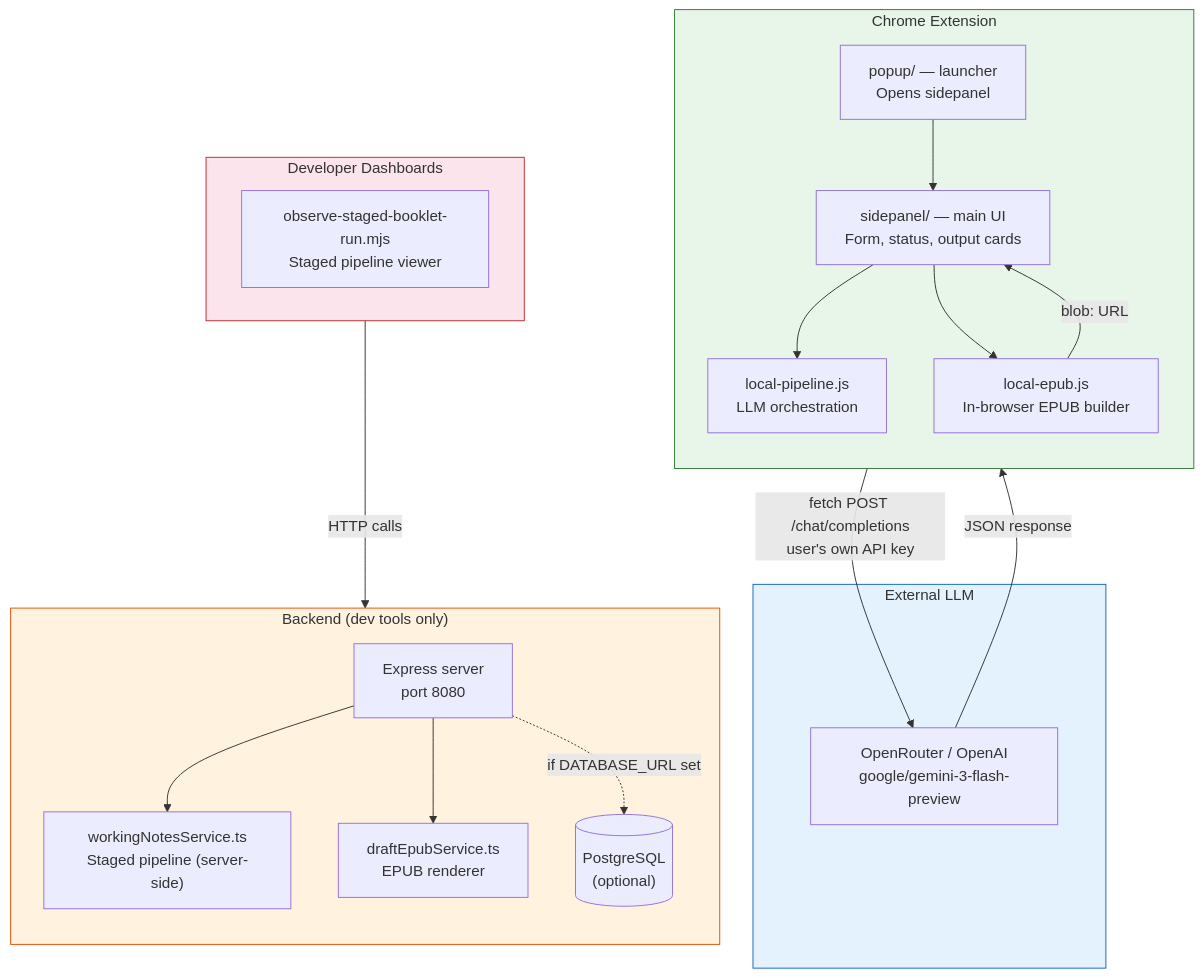
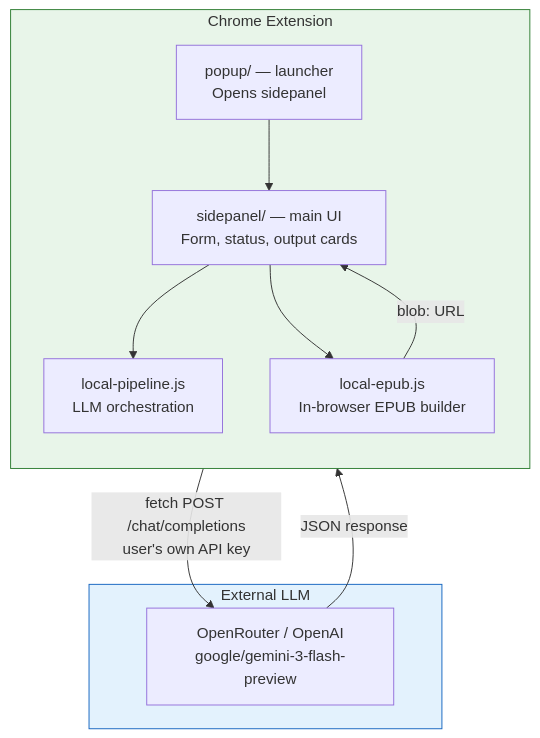
The third of 6 diagrams in README.md (CeciliaHahan/podcast_to_ebook), drawn with Mermaid before and after one commit. The commit also changed other lines of this file and 31 other files, not shown here.

First line of the commit message:
cleanup: remove backend, dev scripts, and dashboard codepath

````diff
--- a/README.md
+++ b/README.md
@@ -63,45 +60,25 @@
 ```mermaid
 flowchart TD
   subgraph EXT["Chrome Extension"]
     direction TB
     POPUP["popup/ — launcher<br/>Opens sidepanel"]
     SP["sidepanel/ — main UI<br/>Form, status, output cards"]
     LP["local-pipeline.js<br/>LLM orchestration"]
     LE["local-epub.js<br/>In-browser EPUB builder"]
 
     POPUP --> SP
     SP --> LP
     SP --> LE
   end
 
   subgraph LLM_PROVIDER["External LLM"]
     OR["OpenRouter / OpenAI<br/>google/gemini-3-flash-preview"]
   end
 
   LP -->|"fetch POST /chat/completions<br/>user's own API key"| OR
   OR -->|"JSON response"| LP
   LE -->|"blob: URL"| SP
 
-  subgraph BACKEND["Backend (dev tools only)"]
-    direction TB
-    EXPRESS["Express server<br/>port 8080"]
-    WN_SVC["workingNotesService.ts<br/>Staged pipeline (server-side)"]
-    DRAFT_SVC["draftEpubService.ts<br/>EPUB renderer"]
-    PG[("PostgreSQL<br/>(optional)")]
-
-    EXPRESS --> WN_SVC
-    EXPRESS --> DRAFT_SVC
-    EXPRESS -.->|"if DATABASE_URL set"| PG
-  end
-
-  subgraph DEVTOOLS["Developer Dashboards"]
-    OBS["observe-staged-booklet-run.mjs<br/>Staged pipeline viewer"]
-  end
-
-  DEVTOOLS -->|"HTTP calls"| EXPRESS
-
   style EXT fill:#e8f5e9,stroke:#2e7d32
   style LLM_PROVIDER fill:#e3f2fd,stroke:#1565c0
-  style BACKEND fill:#fff3e0,stroke:#e65100
-  style DEVTOOLS fill:#fce4ec,stroke:#c62828
 ```
````
